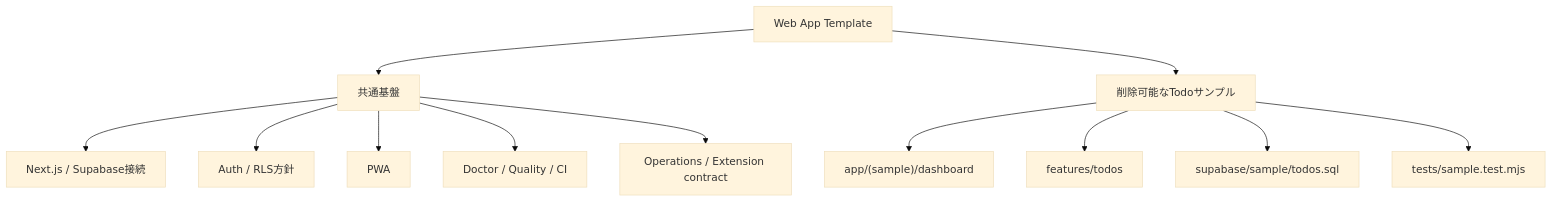
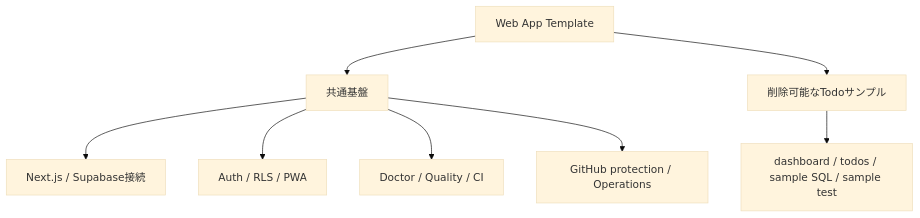
One commit to k-systems202208/nextjs-supabase-vercel-webapp-template changed the second of 4 diagrams in README.md. Above: the diagram before and after it, drawn with Mermaid (base theme). The commit also changed other lines of this file and 7 other files, not shown here.

````diff
--- a/README.md
+++ b/README.md
@@ -56,16 +57,10 @@
 ```mermaid
 flowchart TD
     T["Web App Template"] --> K["共通基盤"]
     T --> S["削除可能なTodoサンプル"]
-
     K --> K1["Next.js / Supabase接続"]
-    K --> K2["Auth / RLS方針"]
-    K --> K3["PWA"]
-    K --> K4["Doctor / Quality / CI"]
-    K --> K5["Operations / Extension contract"]
-
-    S --> S1["app/(sample)/dashboard"]
-    S --> S2["features/todos"]
-    S --> S3["supabase/sample/todos.sql"]
-    S --> S4["tests/sample.test.mjs"]
+    K --> K2["Auth / RLS / PWA"]
+    K --> K3["Doctor / Quality / CI"]
+    K --> K4["GitHub protection / Operations"]
+    S --> S1["dashboard / todos / sample SQL / sample test"]
 ```
````
